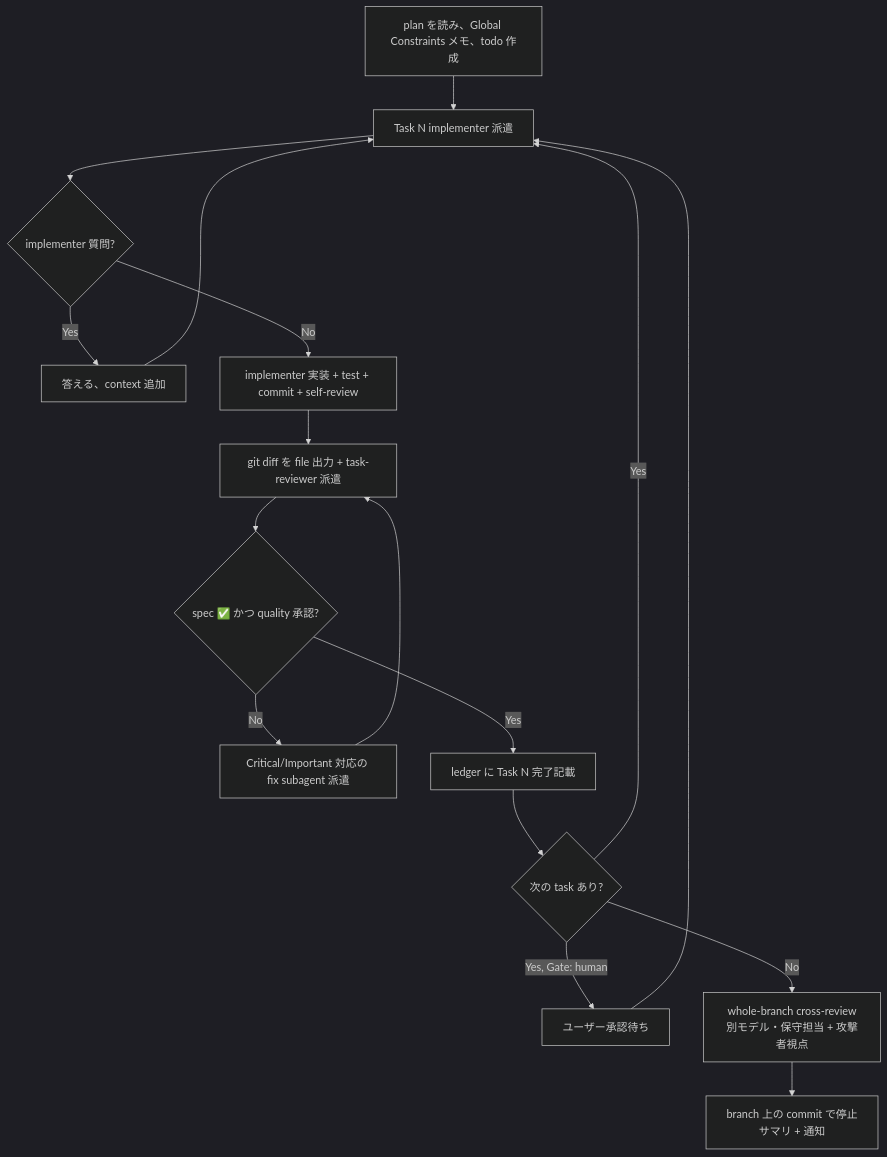
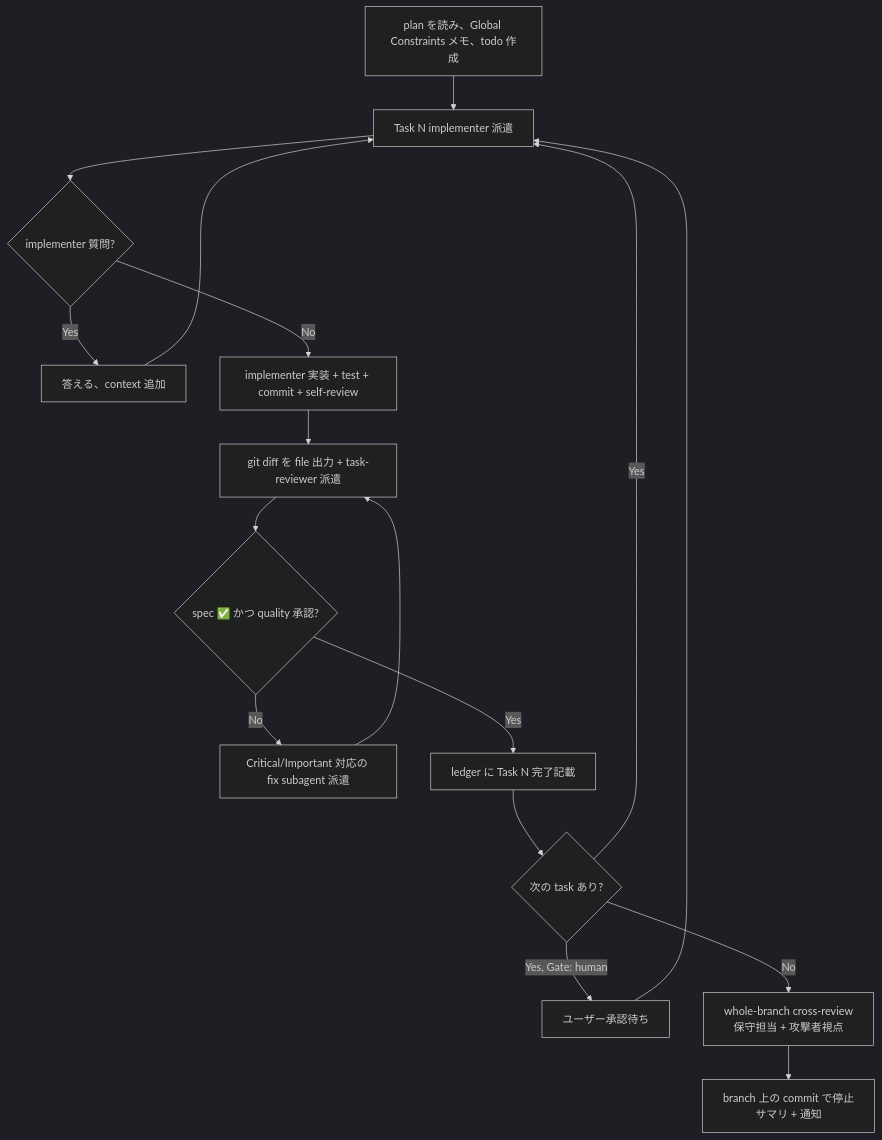
Before and after one commit to trapple/skills: the second of 2 diagrams in subagent-driven-development/SKILL.md, drawn with Mermaid (dark theme). The commit also changed other lines of this file and 10 other files, not shown here.

````diff
--- a/subagent-driven-development/SKILL.md
+++ b/subagent-driven-development/SKILL.md
@@ -42,16 +40,16 @@
 ```mermaid
 flowchart TD
     S[plan を読み、Global Constraints メモ、todo 作成] --> T1[Task N implementer 派遣]
     T1 --> Q{implementer 質問?}
     Q -->|Yes| A[答える、context 追加] --> T1
     Q -->|No| I[implementer 実装 + test + commit + self-review]
     I --> D[git diff を file 出力 + task-reviewer 派遣]
     D --> R{spec ✅ かつ quality 承認?}
     R -->|No| FIX[Critical/Important 対応の fix subagent 派遣] --> D
     R -->|Yes| L[ledger に Task N 完了記載]
     L --> M{次の task あり?}
     M -->|Yes| T1
     M -->|Yes, Gate: human| G[ユーザー承認待ち] --> T1
-    M -->|No| FR[whole-branch cross-review<br/>別モデル・保守担当 + 攻撃者視点]
+    M -->|No| FR[whole-branch cross-review<br/>保守担当 + 攻撃者視点]
     FR --> FIN[branch 上の commit で停止<br/>サマリ + 通知]
 ```
````
